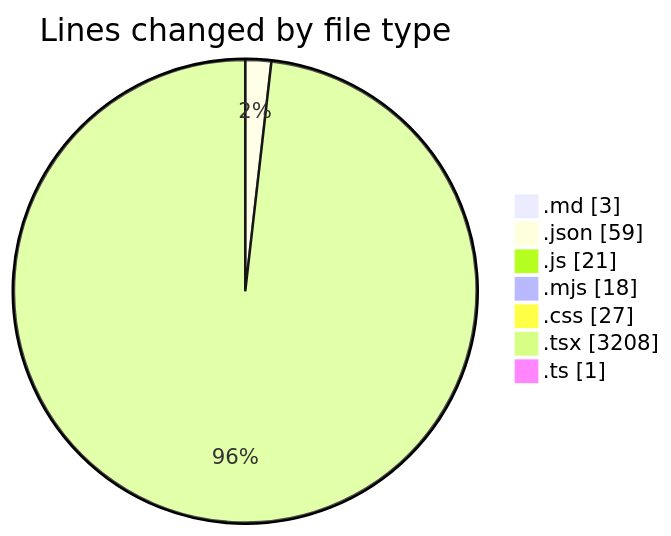
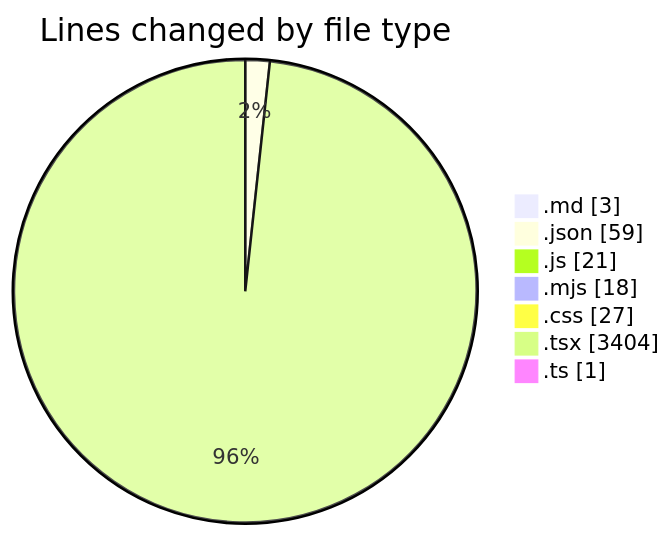
One commit to Ritupan-Deka/code-tracking changed the first of 2 diagrams in 2025-06-18/scopesketch-app/README.md. Above: the diagram before and after it, drawn with Mermaid. The commit also changed other lines of this file and 1 other file, not shown here.

````diff
--- a/2025-06-18/scopesketch-app/README.md
+++ b/2025-06-18/scopesketch-app/README.md
@@ -28,11 +28,11 @@
 ```mermaid
 pie showData
 title Lines changed by file type
 ".md" : 3
 ".json" : 59
 ".js" : 21
 ".mjs" : 18
 ".css" : 27
-".tsx" : 3208
+".tsx" : 3404
 ".ts" : 1
 ```
````
